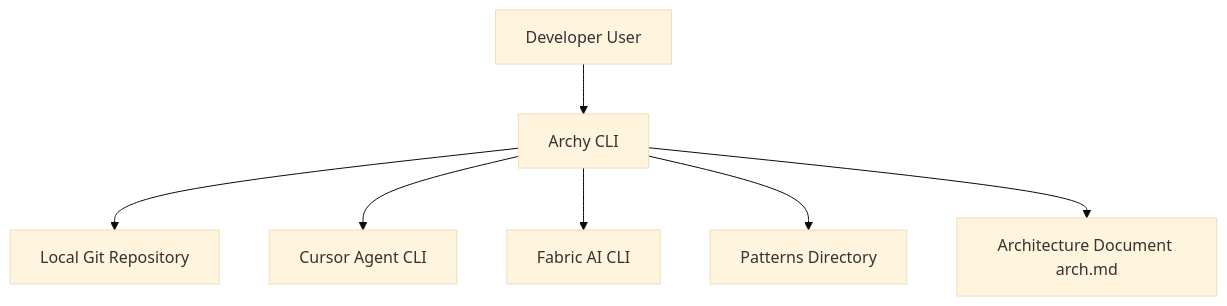
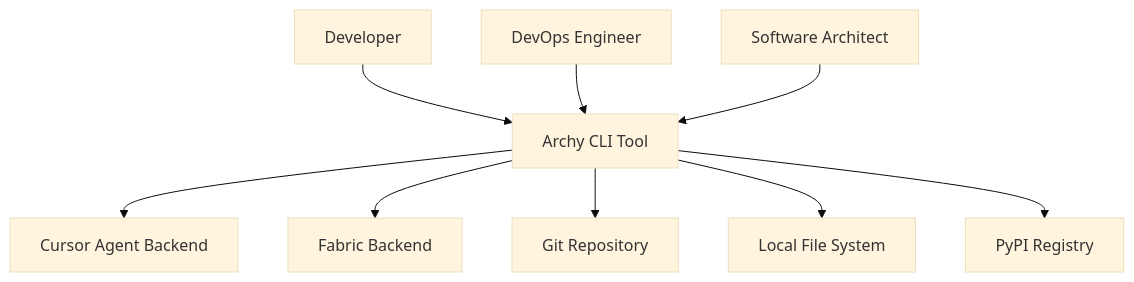
The first of 3 diagrams in ARCHY.md (obzenner/archy), drawn with Mermaid (base theme) before and after one commit. The commit also changed other lines of this file, not shown here.

Commit message:
chore: update arch

````diff
--- a/ARCHY.md
+++ b/ARCHY.md
@@ -55,17 +49,21 @@
 ```mermaid
 flowchart TB
-    DeveloperUser[Developer User]
-    ArchyCLI[Archy CLI]
-    LocalGitRepository[Local Git Repository]
-    CursorAgentCLI[Cursor Agent CLI]
-    FabricAI[Fabric AI CLI]
-    PatternsDirectory[Patterns Directory]
-    ArchitectureFile[Architecture Document arch.md]
-
-    DeveloperUser --> ArchyCLI
-    ArchyCLI --> LocalGitRepository
-    ArchyCLI --> CursorAgentCLI
-    ArchyCLI --> FabricAI
-    ArchyCLI --> PatternsDirectory
-    ArchyCLI --> ArchitectureFile
+    Developer[Developer]
+    DevOpsEngineer[DevOps Engineer]
+    Architect[Software Architect]
+    ArchyCLI[Archy CLI Tool]
+    CursorAgentBackend[Cursor Agent Backend]
+    FabricBackend[Fabric Backend]
+    GitRepository[Git Repository]
+    FileSystem[Local File System]
+    PyPIRegistry[PyPI Registry]
+    
+    Developer --> ArchyCLI
+    DevOpsEngineer --> ArchyCLI
+    Architect --> ArchyCLI
+    ArchyCLI --> CursorAgentBackend
+    ArchyCLI --> FabricBackend
+    ArchyCLI --> GitRepository
+    ArchyCLI --> FileSystem
+    ArchyCLI --> PyPIRegistry
 ```
````
